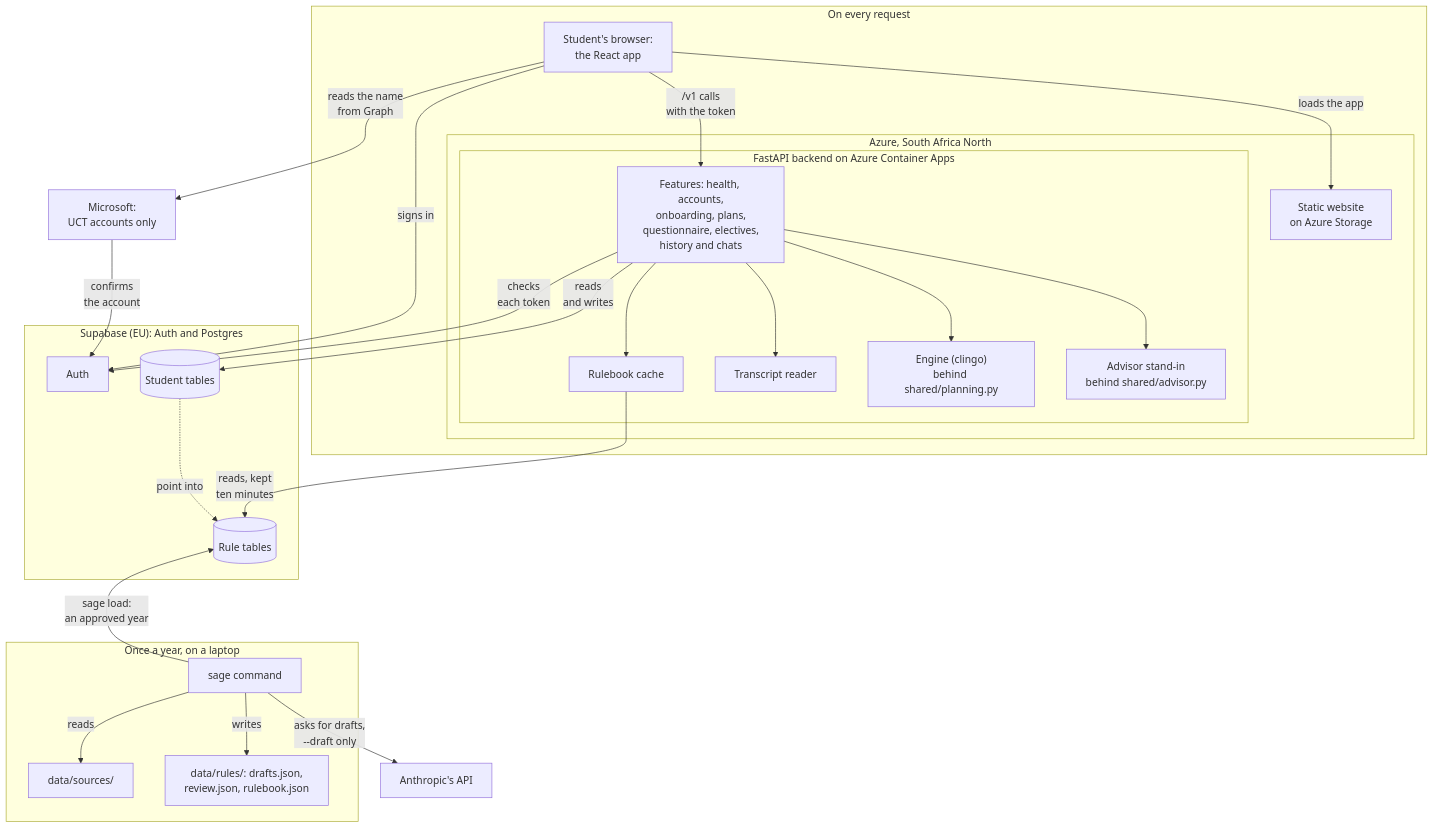
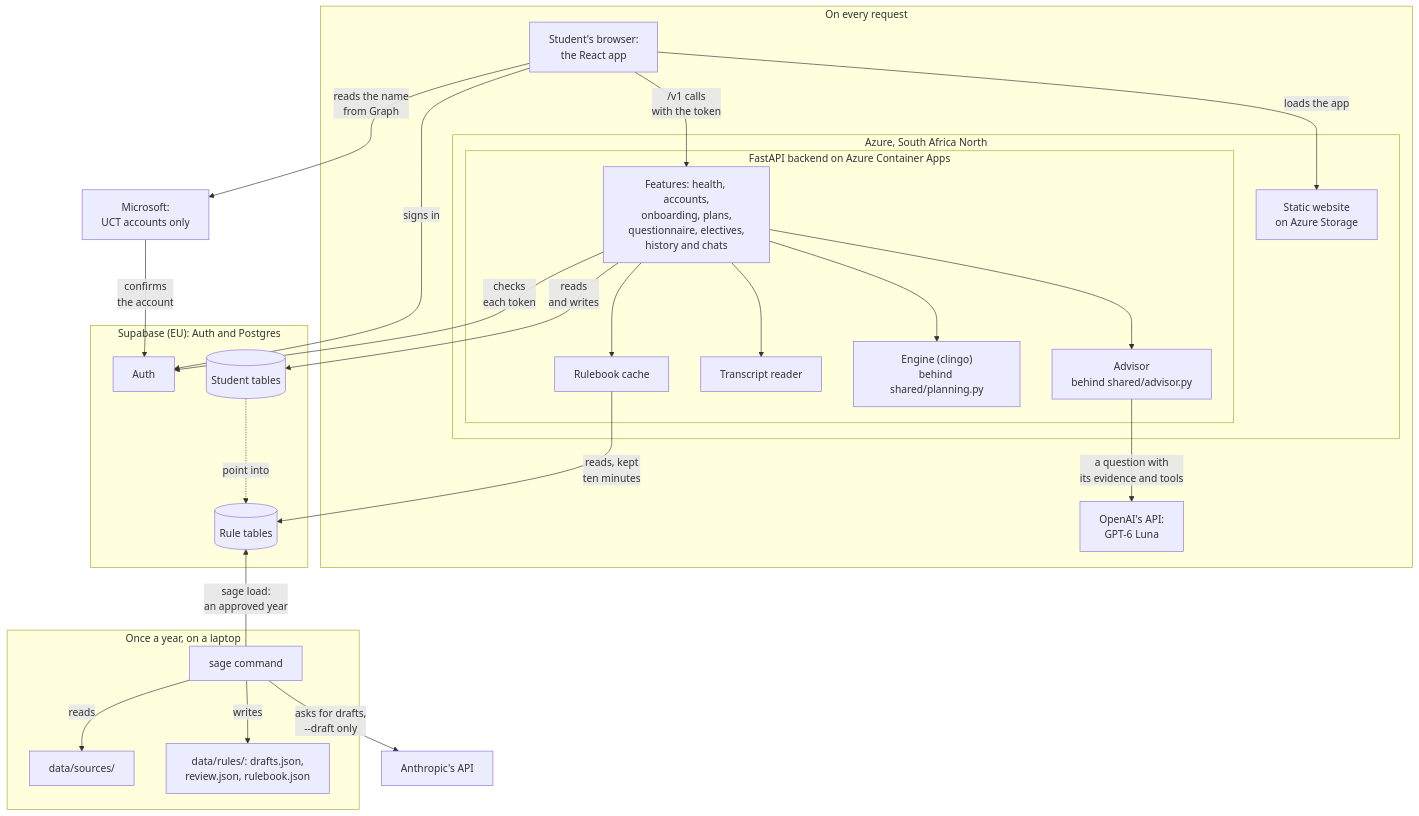
Before and after one commit to BumeMxenge/SAGE: the first of 3 diagrams in docs/architecture.md, drawn with Mermaid. The commit also changed other lines of this file and 5 other files, not shown here.

First line of the commit message:
Document the advisor and its privacy

````diff
--- a/docs/architecture.md
+++ b/docs/architecture.md
@@ -30,45 +30,47 @@
 ```mermaid
 flowchart TB
     subgraph request["On every request"]
         browser["Student's browser:<br>the React app"]
         subgraph azure["Azure, South Africa North"]
             website["Static website<br>on Azure Storage"]
             subgraph backend["FastAPI backend on Azure Container Apps"]
                 features["Features: health, accounts,<br>onboarding, plans,<br>questionnaire, electives,<br>history and chats"]
                 rulebook["Rulebook cache"]
                 transcript["Transcript reader"]
                 engine["Engine (clingo)<br>behind shared/planning.py"]
-                advisor["Advisor stand-in<br>behind shared/advisor.py"]
+                advisor["Advisor<br>behind shared/advisor.py"]
             end
         end
+        openai["OpenAI's API:<br>GPT-6 Luna"]
     end
     subgraph supabase["Supabase (EU): Auth and Postgres"]
         auth["Auth"]
         rules[("Rule tables")]
         students[("Student tables")]
     end
     subgraph laptop["Once a year, on a laptop"]
         sage["sage command"]
         sources["data/sources/"]
         ruleFiles["data/rules/: drafts.json,<br>review.json, rulebook.json"]
     end
     microsoft["Microsoft:<br>UCT accounts only"]
     anthropic["Anthropic's API"]
 
     browser -->|"loads the app"| website
     browser -->|"signs in"| auth
     browser -->|"reads the name<br>from Graph"| microsoft
     microsoft -->|"confirms<br>the account"| auth
     browser -->|"/v1 calls<br>with the token"| features
     features -->|"checks<br>each token"| auth
     features --> rulebook & transcript & engine & advisor
+    advisor -->|"a question with<br>its evidence and tools"| openai
     rulebook -->|"reads, kept<br>ten minutes"| rules
     features -->|"reads<br>and writes"| students
     students -.->|"point into"| rules
     sage -->|"reads"| sources
     sage -->|"asks for drafts,<br>--draft only"| anthropic
     sage -->|"writes"| ruleFiles
     sage -->|"sage load:<br>an approved year"| rules
     %% Keeps the laptop lane under Supabase, where the two clocks meet
     rules ~~~ sage
 ```
````
